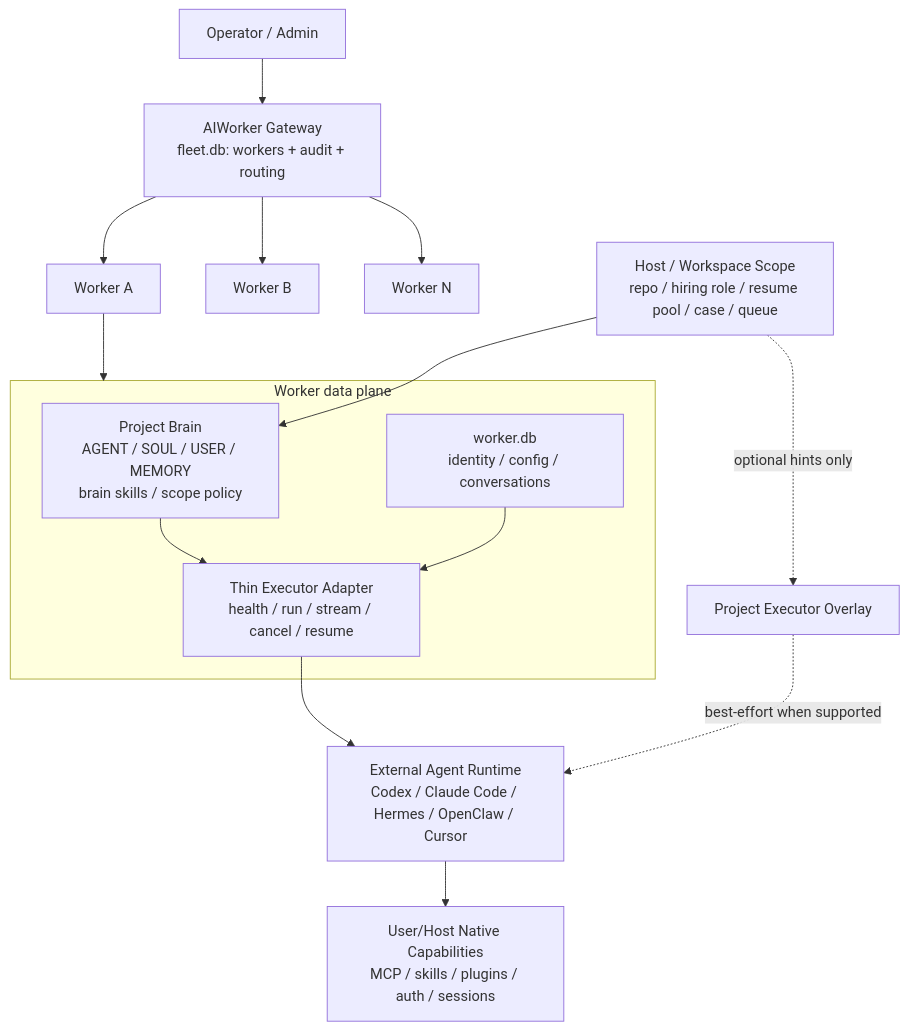
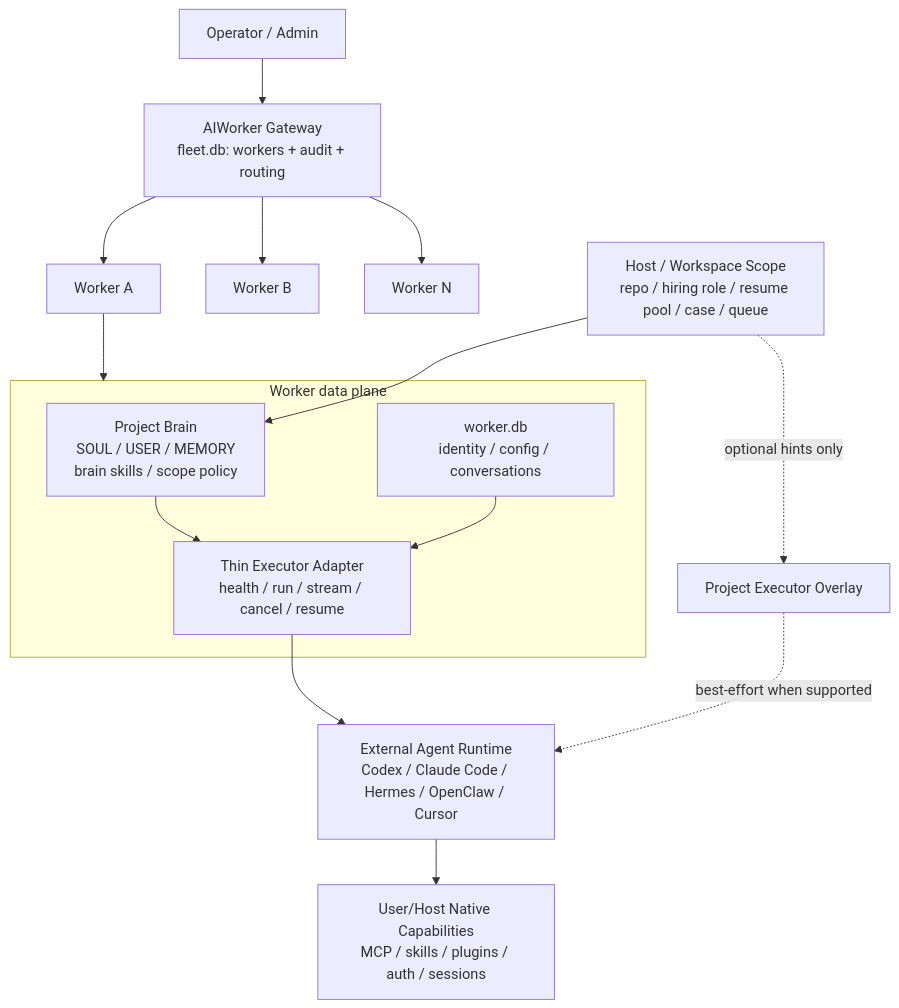
The third of 4 diagrams in docs/architecture.md (ZonEaseTech/aiworker), drawn with Mermaid before and after one commit. The commit also changed other lines of this file and 61 other files, not shown here.

Commit message:
refactor: 收敛 Project Brain 文件布局

````diff
--- a/docs/architecture.md
+++ b/docs/architecture.md
@@ -262,22 +262,22 @@
 ```mermaid
 flowchart TB
   Operator["Operator / Admin"] --> Gateway["AIWorker Gateway<br/>fleet.db: workers + audit + routing"]
   Gateway --> WorkerA["Worker A"]
   Gateway --> WorkerB["Worker B"]
   Gateway --> WorkerN["Worker N"]
 
   subgraph Worker["Worker data plane"]
-    Brain["Project Brain<br/>AGENT / SOUL / USER / MEMORY<br/>brain skills / scope policy"]
+    Brain["Project Brain<br/>SOUL / USER / MEMORY<br/>brain skills / scope policy"]
     State["worker.db<br/>identity / config / conversations"]
     Adapter["Thin Executor Adapter<br/>health / run / stream / cancel / resume"]
     Brain --> Adapter
     State --> Adapter
   end
 
   WorkerA --> Worker
   Adapter --> Executor["External Agent Runtime<br/>Codex / Claude Code / Hermes / OpenClaw / Cursor"]
   Executor --> Ambient["User/Host Native Capabilities<br/>MCP / skills / plugins / auth / sessions"]
   Project["Host / Workspace Scope<br/>repo / hiring role / resume pool / case / queue"] --> Brain
   Project -. "optional hints only" .-> Overlay["Project Executor Overlay"]
   Overlay -. "best-effort when supported" .-> Executor
 ```
````
